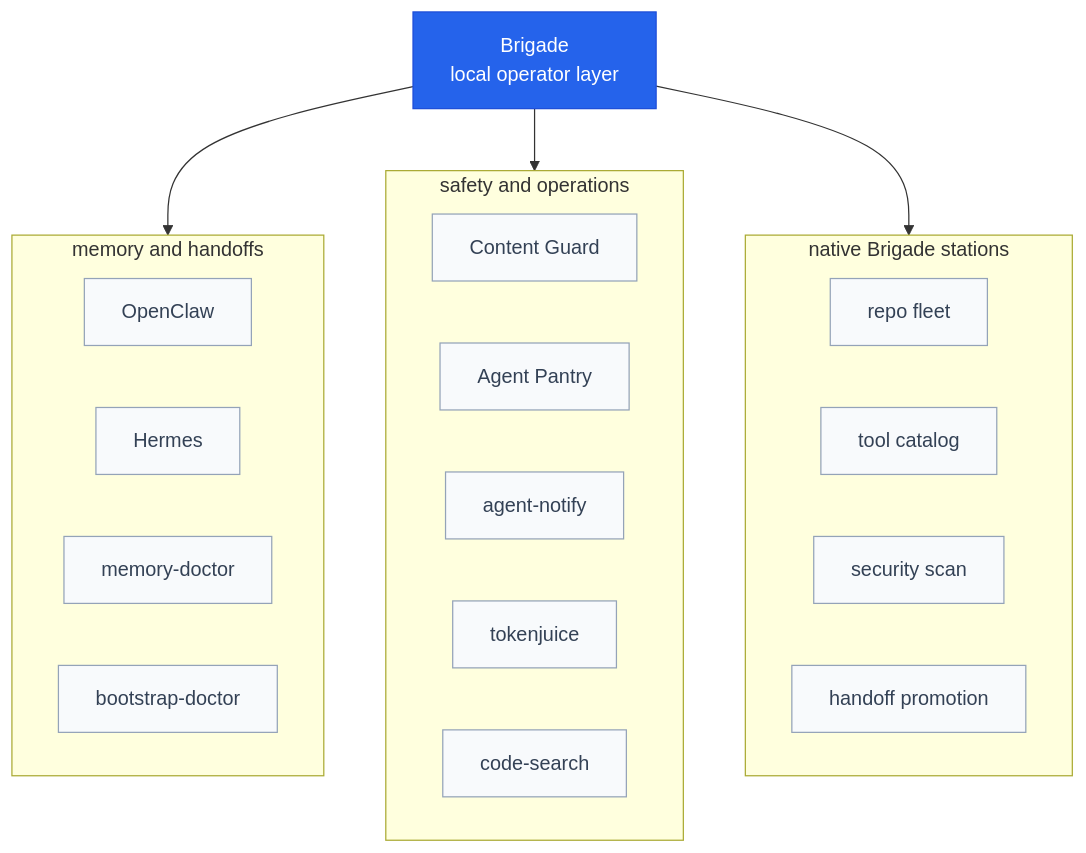
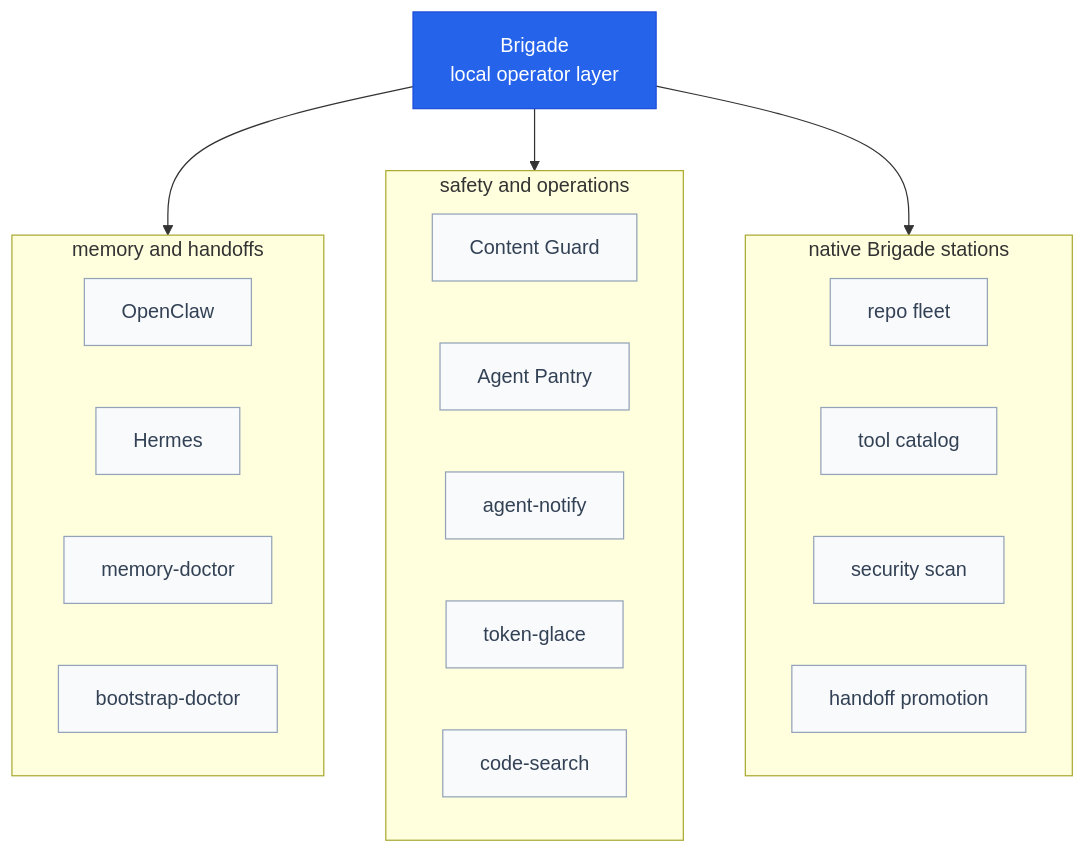
The sixth of 13 diagrams in docs/overview.md (escoffier-labs/brigade), drawn with Mermaid before and after one commit. The commit also changed other lines of this file and 45 other files, not shown here.

````diff
--- a/docs/overview.md
+++ b/docs/overview.md
@@ -328,35 +328,35 @@
 ```mermaid
 flowchart TB
     BRIGADE["Brigade<br/>local operator layer"]
 
     subgraph MEMORY [" memory and handoffs "]
         OPENCLAW["OpenClaw"]
         HERMES["Hermes"]
         MDOCTOR["memory-doctor"]
         BDOCTOR["bootstrap-doctor"]
     end
 
     subgraph SAFETY [" safety and operations "]
         GUARD["Content Guard"]
         PANTRY["Agent Pantry"]
         NOTIFY["agent-notify"]
-        TOKEN["tokenjuice"]
+        TOKEN["token-glace"]
         SEARCH["code-search"]
     end
 
     subgraph NATIVE [" native Brigade stations "]
         REPOS["repo fleet"]
         TOOLS["tool catalog"]
         SECURITY["security scan"]
         HANDOFFS["handoff promotion"]
     end
 
     BRIGADE --> MEMORY
     BRIGADE --> SAFETY
     BRIGADE --> NATIVE
 
     classDef core fill:#2563eb,stroke:#1d4ed8,color:#fff;
     classDef group fill:#f8fafc,stroke:#94a3b8,color:#334155;
     class BRIGADE core;
     class OPENCLAW,HERMES,MDOCTOR,BDOCTOR,GUARD,PANTRY,NOTIFY,TOKEN,SEARCH,REPOS,TOOLS,SECURITY,HANDOFFS group;
 ```
````
